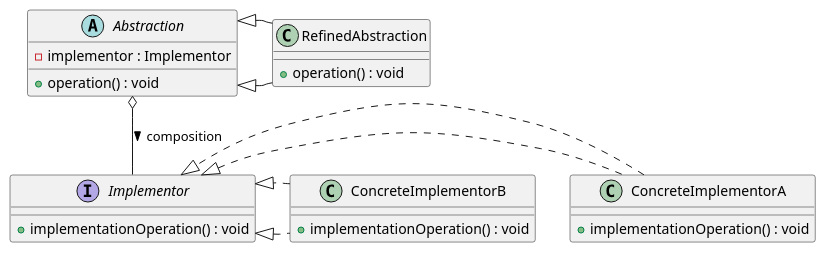
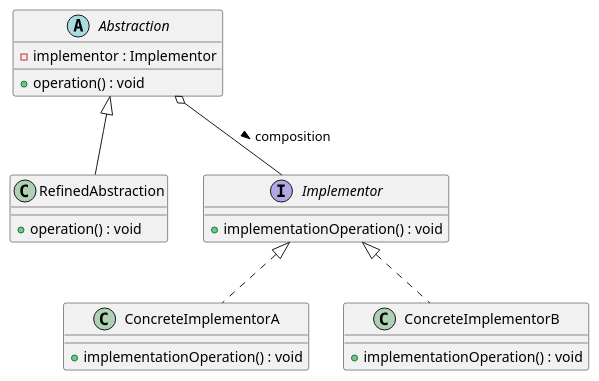
Before and after one commit to Gabriel-SoftwareAG/DesignPatterns: the diagram in Patterns/Manuscript/manuscript/plantUml/bridge_class_diagram.plantuml, drawn with PlantUML. The commit also changed 12 other files, not shown here.

```diff
--- a/Patterns/Manuscript/manuscript/plantUml/bridge_class_diagram.plantuml
+++ b/Patterns/Manuscript/manuscript/plantUml/bridge_class_diagram.plantuml
@@ -1,34 +1,32 @@
 @startuml BridgePatternClassDiagram
 
 ' Abstraction
 abstract class Abstraction {
   -implementor : Implementor
   +operation() : void
 }
 
 ' RefinedAbstraction
 class RefinedAbstraction extends Abstraction {
   +operation() : void
 }
 
 ' Implementor Interface
 interface Implementor {
   +implementationOperation() : void
 }
 
 ' ConcreteImplementors
 class ConcreteImplementorA implements Implementor {
   +implementationOperation() : void
 }
 
 class ConcreteImplementorB implements Implementor {
   +implementationOperation() : void
 }
 
 ' Relationships
 Abstraction o-- Implementor : composition >
-RefinedAbstraction -|> Abstraction
-ConcreteImplementorA .|> Implementor
-ConcreteImplementorB .|> Implementor
+
 
 @enduml
```
